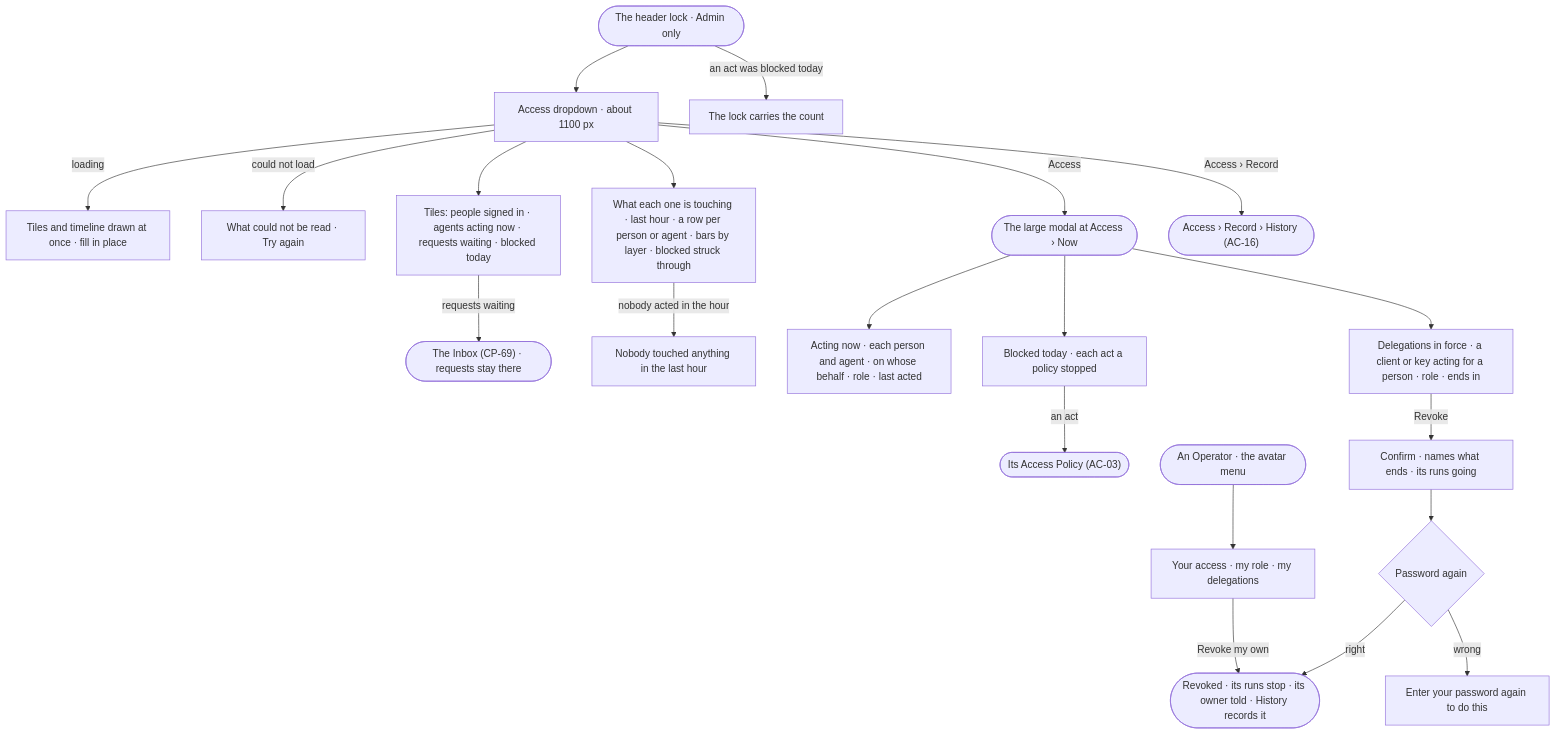
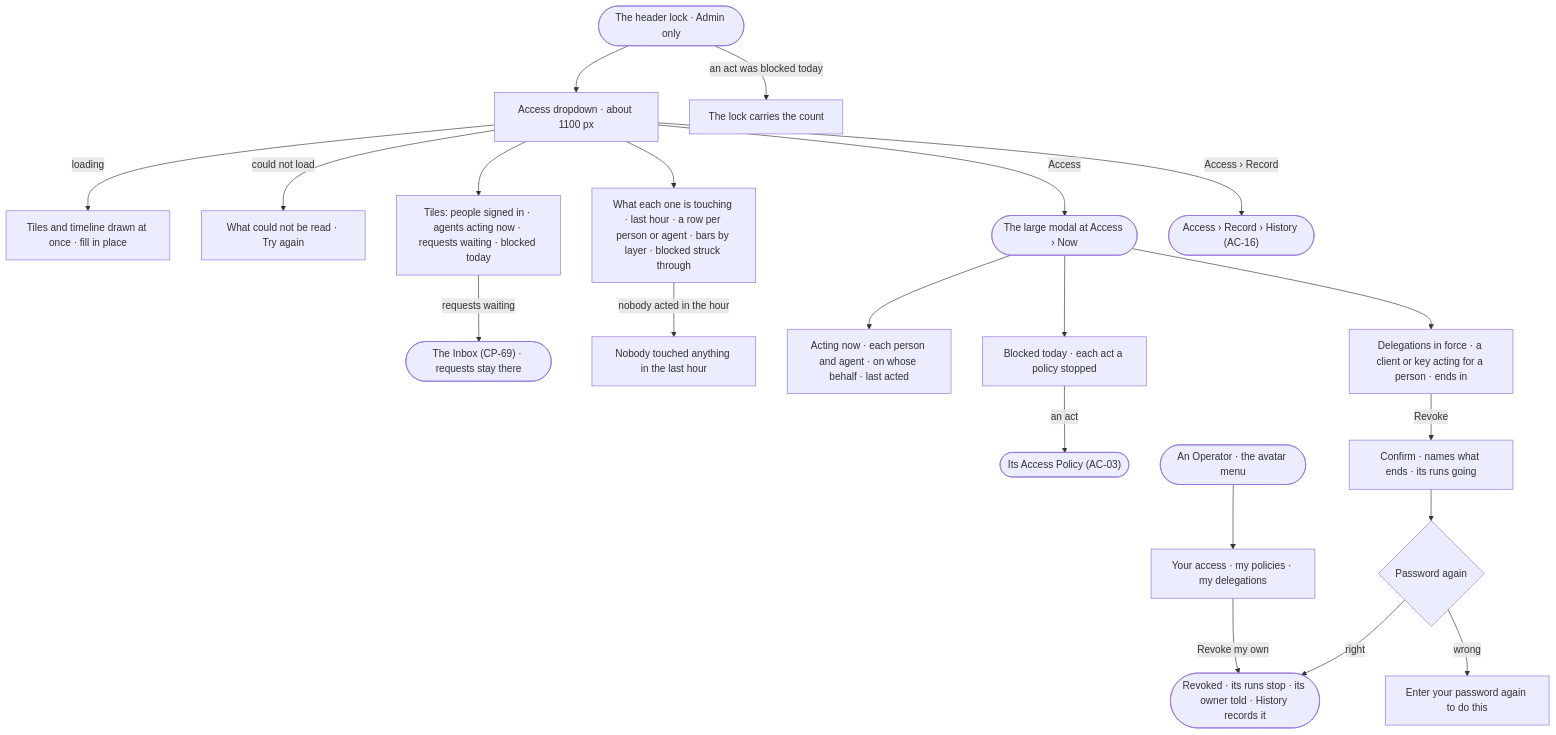
The diagram in specs/os/access/features/AC-F06-history/stories/AC-48-see-who-is-acting-and-what-was-blocked-from-the-header/story.md (invana/invana), drawn with Mermaid before and after one commit. The commit also changed other lines of this file and 236 other files, not shown here.

First line of the commit message:
docs(specs): grant by permission, not role, across access and records

````diff
--- a/specs/os/access/features/AC-F06-history/stories/AC-48-see-who-is-acting-and-what-was-blocked-from-the-header/story.md
+++ b/specs/os/access/features/AC-F06-history/stories/AC-48-see-who-is-acting-and-what-was-blocked-from-the-header/story.md
@@ -27,21 +27,21 @@
 ```mermaid
 flowchart TD
   h([The header lock · Admin only]) --> d["Access dropdown · about 1100 px"]
   h -->|an act was blocked today| cnt["The lock carries the count"]
   d -->|loading| ld["Tiles and timeline drawn at once · fill in place"]
   d -->|could not load| fl["What could not be read · Try again"]
   d --> t["Tiles: people signed in · agents acting now · requests waiting · blocked today"]
   t -->|requests waiting| ib(["The Inbox (CP-69) · requests stay there"])
   d --> sl["What each one is touching · last hour · a row per person or agent · bars by layer · blocked struck through"]
   sl -->|nobody acted in the hour| calm["Nobody touched anything in the last hour"]
   d -->|Access| now(["The large modal at Access › Now"])
   d -->|Access › Record| hi(["Access › Record › History (AC-16)"])
-  now --> an["Acting now · each person and agent · on whose behalf · role · last acted"]
+  now --> an["Acting now · each person and agent · on whose behalf · last acted"]
   now --> bl["Blocked today · each act a policy stopped"] -->|an act| pol(["Its Access Policy (AC-03)"])
-  now --> dl["Delegations in force · a client or key acting for a person · role · ends in"]
+  now --> dl["Delegations in force · a client or key acting for a person · ends in"]
   dl -->|Revoke| cf["Confirm · names what ends · its runs going"] --> pw{"Password again"}
   pw -->|right| rv(["Revoked · its runs stop · its owner told · History records it"])
   pw -->|wrong| no["Enter your password again to do this"]
-  o([An Operator · the avatar menu]) --> ya["Your access · my role · my delegations"]
+  o([An Operator · the avatar menu]) --> ya["Your access · my policies · my delegations"]
   ya -->|Revoke my own| rv
 ```
````
